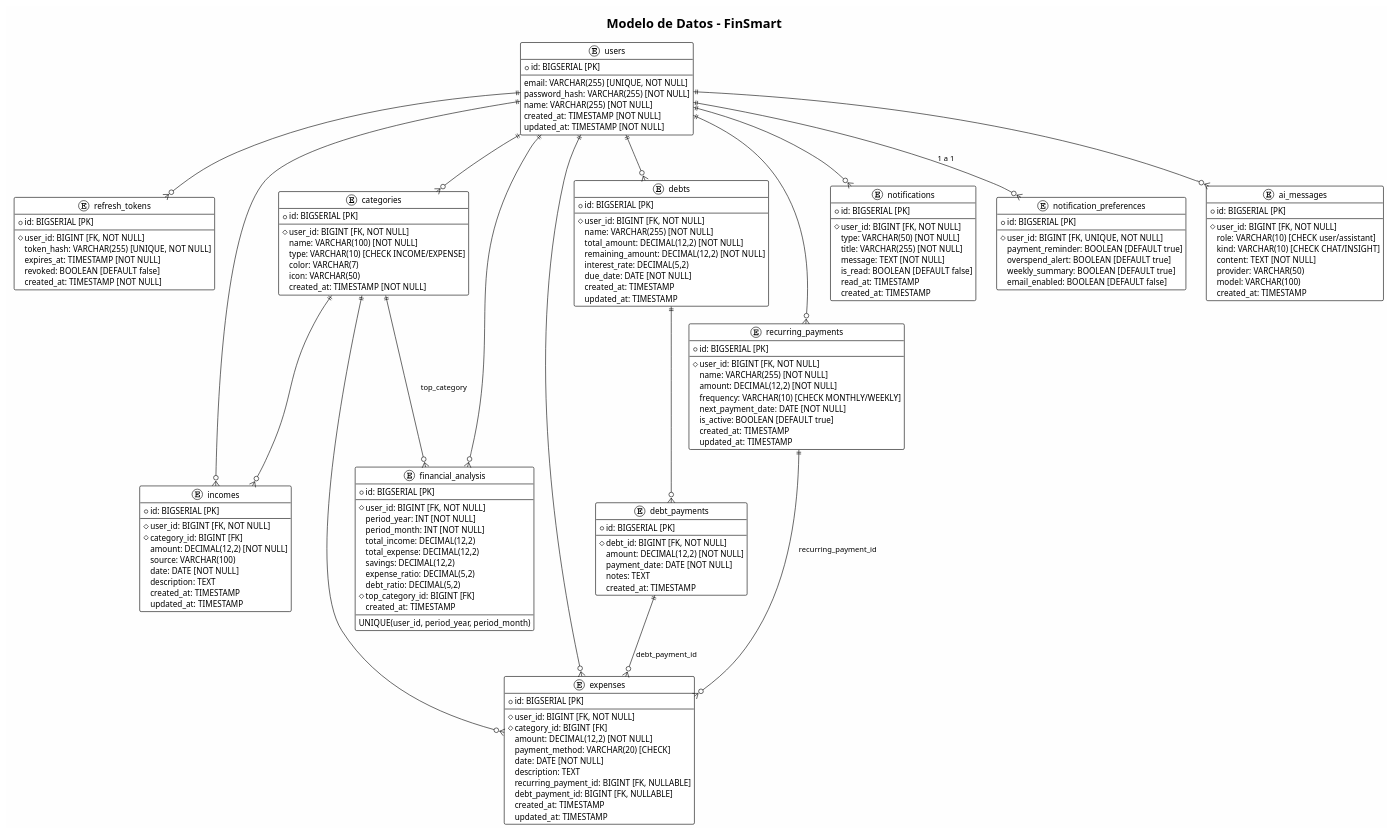
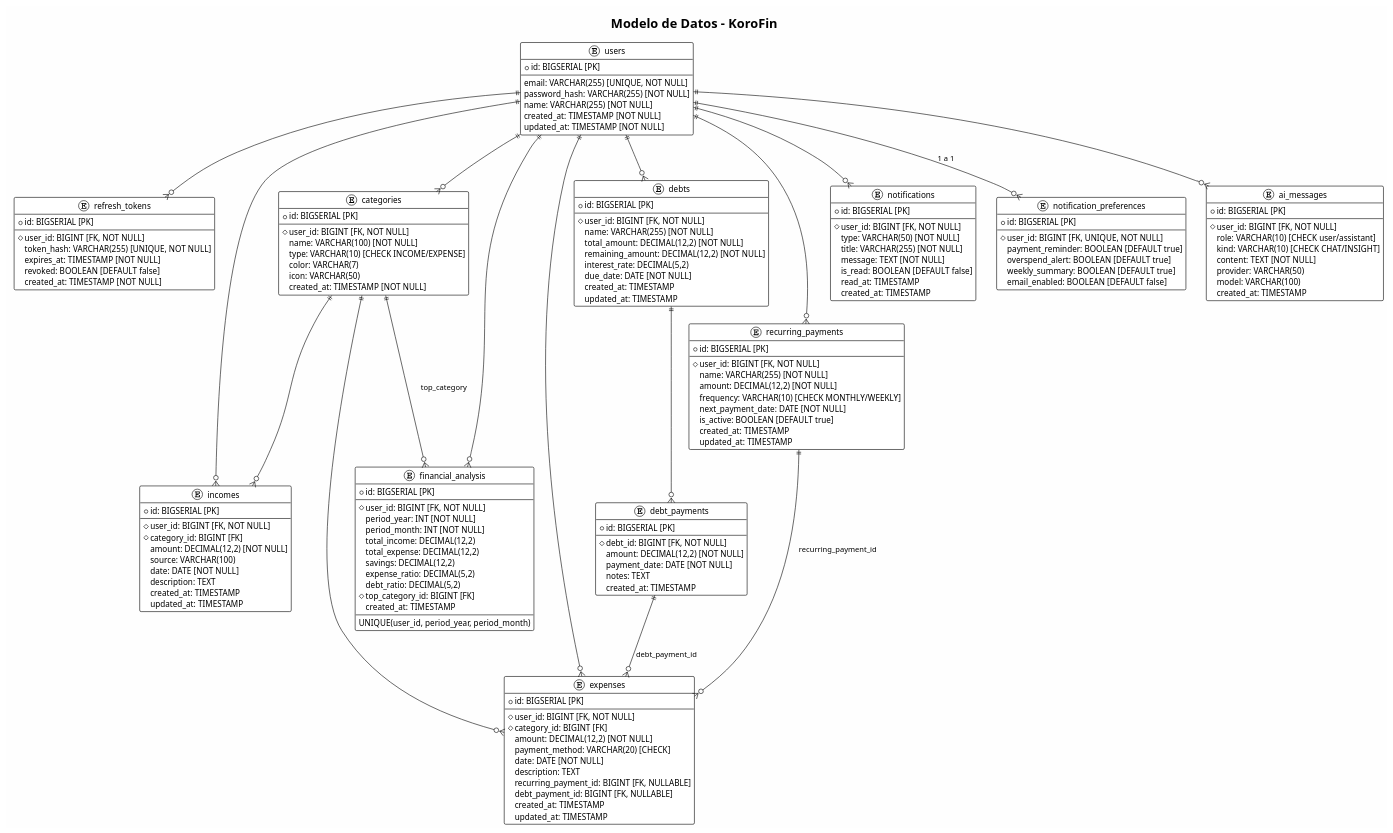
One commit to Jhon-Quiceno/FinSmart changed the diagram in docs/analisis-diseno/diagramas/puml/modelo-datos.puml. Above: the diagram before and after it, drawn with PlantUML. The commit also changed 42 other files, not shown here.

First line of the commit message:
chore: renombrar la aplicacion de FinSmart a KoroFin

```diff
--- a/docs/analisis-diseno/diagramas/puml/modelo-datos.puml
+++ b/docs/analisis-diseno/diagramas/puml/modelo-datos.puml
@@ -1,177 +1,177 @@
 @startuml
 !theme plain
 
-title Modelo de Datos - FinSmart
+title Modelo de Datos - KoroFin
 
 skinparam backgroundColor #FEFEFE
 skinparam defaultFontName Arial
 
 entity "users" as users {
   + id: BIGSERIAL [PK]
   --
   email: VARCHAR(255) [UNIQUE, NOT NULL]
   password_hash: VARCHAR(255) [NOT NULL]
   name: VARCHAR(255) [NOT NULL]
   created_at: TIMESTAMP [NOT NULL]
   updated_at: TIMESTAMP [NOT NULL]
 }
 
 entity "refresh_tokens" as refresh_tokens {
   + id: BIGSERIAL [PK]
   --
   # user_id: BIGINT [FK, NOT NULL]
   token_hash: VARCHAR(255) [UNIQUE, NOT NULL]
   expires_at: TIMESTAMP [NOT NULL]
   revoked: BOOLEAN [DEFAULT false]
   created_at: TIMESTAMP [NOT NULL]
 }
 
 entity "categories" as categories {
   + id: BIGSERIAL [PK]
   --
   # user_id: BIGINT [FK, NOT NULL]
   name: VARCHAR(100) [NOT NULL]
   type: VARCHAR(10) [CHECK INCOME/EXPENSE]
   color: VARCHAR(7)
   icon: VARCHAR(50)
   created_at: TIMESTAMP [NOT NULL]
 }
 
 entity "incomes" as incomes {
   + id: BIGSERIAL [PK]
   --
   # user_id: BIGINT [FK, NOT NULL]
   # category_id: BIGINT [FK]
   amount: DECIMAL(12,2) [NOT NULL]
   source: VARCHAR(100)
   date: DATE [NOT NULL]
   description: TEXT
   created_at: TIMESTAMP
   updated_at: TIMESTAMP
 }
 
 entity "expenses" as expenses {
   + id: BIGSERIAL [PK]
   --
   # user_id: BIGINT [FK, NOT NULL]
   # category_id: BIGINT [FK]
   amount: DECIMAL(12,2) [NOT NULL]
   payment_method: VARCHAR(20) [CHECK]
   date: DATE [NOT NULL]
   description: TEXT
   recurring_payment_id: BIGINT [FK, NULLABLE]
   debt_payment_id: BIGINT [FK, NULLABLE]
   created_at: TIMESTAMP
   updated_at: TIMESTAMP
 }
 
 entity "debts" as debts {
   + id: BIGSERIAL [PK]
   --
   # user_id: BIGINT [FK, NOT NULL]
   name: VARCHAR(255) [NOT NULL]
   total_amount: DECIMAL(12,2) [NOT NULL]
   remaining_amount: DECIMAL(12,2) [NOT NULL]
   interest_rate: DECIMAL(5,2)
   due_date: DATE [NOT NULL]
   created_at: TIMESTAMP
   updated_at: TIMESTAMP
 }
 
 entity "debt_payments" as debt_payments {
   + id: BIGSERIAL [PK]
   --
   # debt_id: BIGINT [FK, NOT NULL]
   amount: DECIMAL(12,2) [NOT NULL]
   payment_date: DATE [NOT NULL]
   notes: TEXT
   created_at: TIMESTAMP
 }
 
 entity "recurring_payments" as recurring_payments {
   + id: BIGSERIAL [PK]
   --
   # user_id: BIGINT [FK, NOT NULL]
   name: VARCHAR(255) [NOT NULL]
   amount: DECIMAL(12,2) [NOT NULL]
   frequency: VARCHAR(10) [CHECK MONTHLY/WEEKLY]
   next_payment_date: DATE [NOT NULL]
   is_active: BOOLEAN [DEFAULT true]
   created_at: TIMESTAMP
   updated_at: TIMESTAMP
 }
 
 entity "financial_analysis" as financial_analysis {
   + id: BIGSERIAL [PK]
   --
   # user_id: BIGINT [FK, NOT NULL]
   period_year: INT [NOT NULL]
   period_month: INT [NOT NULL]
   total_income: DECIMAL(12,2)
   total_expense: DECIMAL(12,2)
   savings: DECIMAL(12,2)
   expense_ratio: DECIMAL(5,2)
   debt_ratio: DECIMAL(5,2)
   # top_category_id: BIGINT [FK]
   created_at: TIMESTAMP
   --
   UNIQUE(user_id, period_year, period_month)
 }
 
 entity "notifications" as notifications {
   + id: BIGSERIAL [PK]
   --
   # user_id: BIGINT [FK, NOT NULL]
   type: VARCHAR(50) [NOT NULL]
   title: VARCHAR(255) [NOT NULL]
   message: TEXT [NOT NULL]
   is_read: BOOLEAN [DEFAULT false]
   read_at: TIMESTAMP
   created_at: TIMESTAMP
 }
 
 entity "notification_preferences" as notification_preferences {
   + id: BIGSERIAL [PK]
   --
   # user_id: BIGINT [FK, UNIQUE, NOT NULL]
   payment_reminder: BOOLEAN [DEFAULT true]
   overspend_alert: BOOLEAN [DEFAULT true]
   weekly_summary: BOOLEAN [DEFAULT true]
   email_enabled: BOOLEAN [DEFAULT false]
 }
 
 entity "ai_messages" as ai_messages {
   + id: BIGSERIAL [PK]
   --
   # user_id: BIGINT [FK, NOT NULL]
   role: VARCHAR(10) [CHECK user/assistant]
   kind: VARCHAR(10) [CHECK CHAT/INSIGHT]
   content: TEXT [NOT NULL]
   provider: VARCHAR(50)
   model: VARCHAR(100)
   created_at: TIMESTAMP
 }
 
 ' ---- RELACIONES ----
 
 users ||--o{ refresh_tokens : ""
 users ||--o{ categories : ""
 users ||--o{ incomes : ""
 users ||--o{ expenses : ""
 users ||--o{ debts : ""
 users ||--o{ recurring_payments : ""
 users ||--o{ notifications : ""
 users ||--o{ notification_preferences : "1 a 1"
 users ||--o{ ai_messages : ""
 users ||--o{ financial_analysis : ""
 
 categories ||--o{ incomes : ""
 categories ||--o{ expenses : ""
 categories ||--o{ financial_analysis : "top_category"
 
 debts ||--o{ debt_payments : ""
 
 recurring_payments ||--o{ expenses : "recurring_payment_id"
 debt_payments ||--o{ expenses : "debt_payment_id"
 
 @enduml
```
